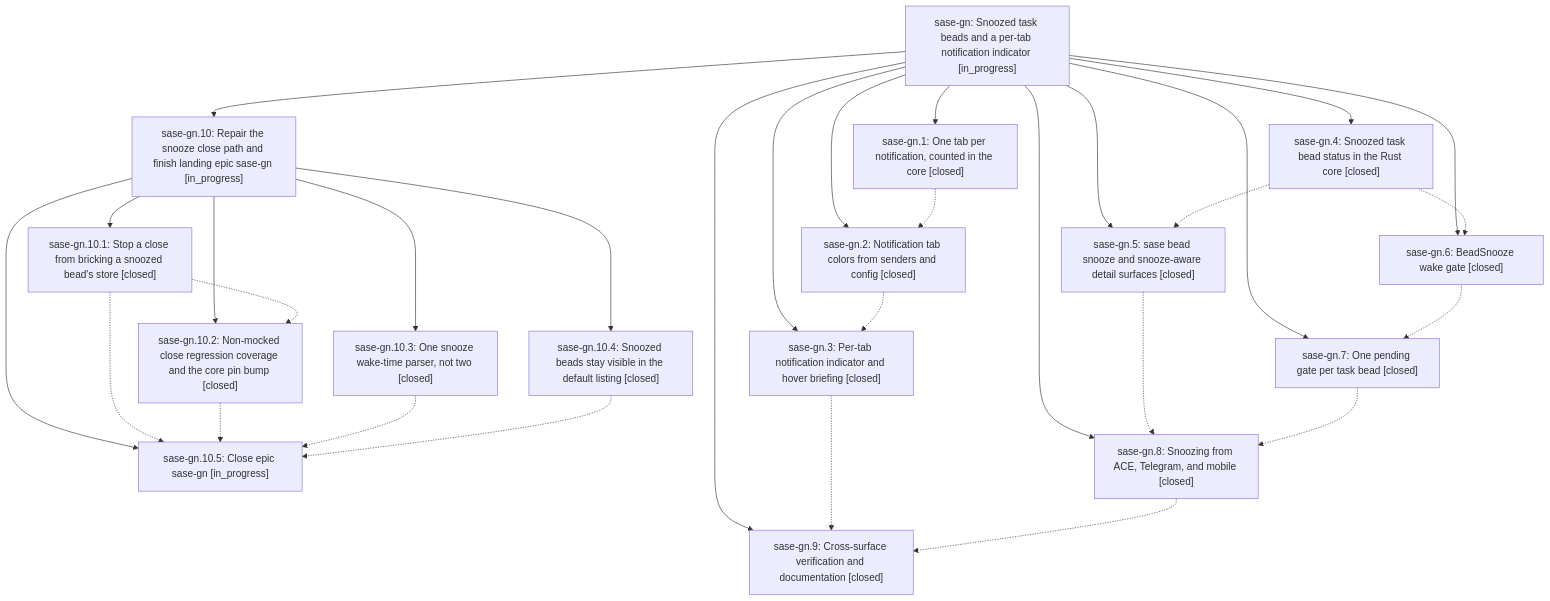
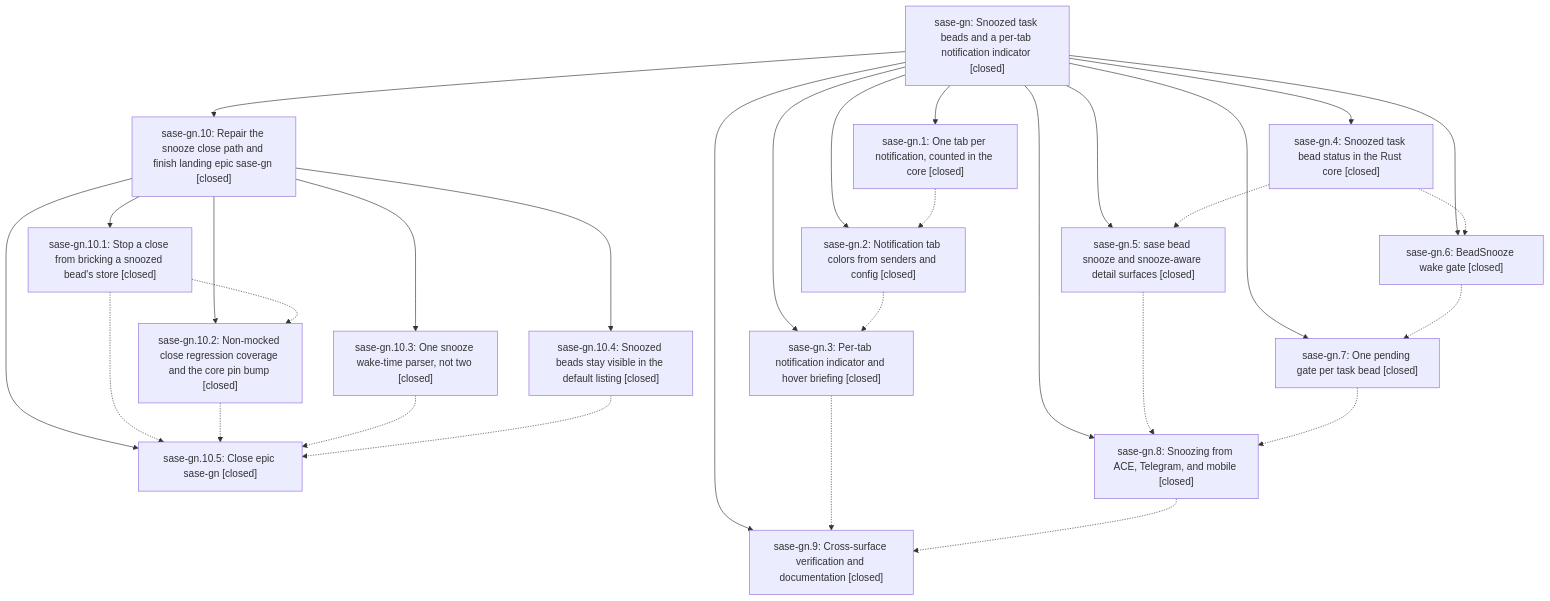
Before and after one commit to sase-org/sase--beads: the diagram in pages/sase-gn/README.md, drawn with Mermaid. The commit also changed other lines of this file and 6 other files, not shown here.

First line of the commit message:
chore(beads): sync bead state and pages for sase-gn

````diff
--- a/pages/sase-gn/README.md
+++ b/pages/sase-gn/README.md
@@ -74,48 +86,48 @@
 ```mermaid
 flowchart TD
-    n0["sase-gn: Snoozed task beads and a per-tab notification indicator [in_progress]"]
+    n0["sase-gn: Snoozed task beads and a per-tab notification indicator [closed]"]
     n1["sase-gn.1: One tab per notification, counted in the core [closed]"]
-    n2["sase-gn.10: Repair the snooze close path and finish landing epic sase-gn [in_progress]"]
+    n2["sase-gn.10: Repair the snooze close path and finish landing epic sase-gn [closed]"]
     n3["sase-gn.10.1: Stop a close from bricking a snoozed bead's store [closed]"]
     n4["sase-gn.10.2: Non-mocked close regression coverage and the core pin bump [closed]"]
     n5["sase-gn.10.3: One snooze wake-time parser, not two [closed]"]
     n6["sase-gn.10.4: Snoozed beads stay visible in the default listing [closed]"]
-    n7["sase-gn.10.5: Close epic sase-gn [in_progress]"]
+    n7["sase-gn.10.5: Close epic sase-gn [closed]"]
     n8["sase-gn.2: Notification tab colors from senders and config [closed]"]
     n9["sase-gn.3: Per-tab notification indicator and hover briefing [closed]"]
     n10["sase-gn.4: Snoozed task bead status in the Rust core [closed]"]
     n11["sase-gn.5: sase bead snooze and snooze-aware detail surfaces [closed]"]
     n12["sase-gn.6: BeadSnooze wake gate [closed]"]
     n13["sase-gn.7: One pending gate per task bead [closed]"]
     n14["sase-gn.8: Snoozing from ACE, Telegram, and mobile [closed]"]
     n15["sase-gn.9: Cross-surface verification and documentation [closed]"]
     n0 --> n1
     n0 --> n2
     n2 --> n3
     n2 --> n4
     n2 --> n5
     n2 --> n6
     n2 --> n7
     n0 --> n8
     n0 --> n9
     n0 --> n10
     n0 --> n11
     n0 --> n12
     n0 --> n13
     n0 --> n14
     n0 --> n15
     n1 -.-> n8
     n3 -.-> n4
     n3 -.-> n7
     n4 -.-> n7
     n5 -.-> n7
     n6 -.-> n7
     n8 -.-> n9
     n9 -.-> n15
     n10 -.-> n11
     n10 -.-> n12
     n11 -.-> n14
     n12 -.-> n13
     n13 -.-> n14
     n14 -.-> n15
 ```
````
